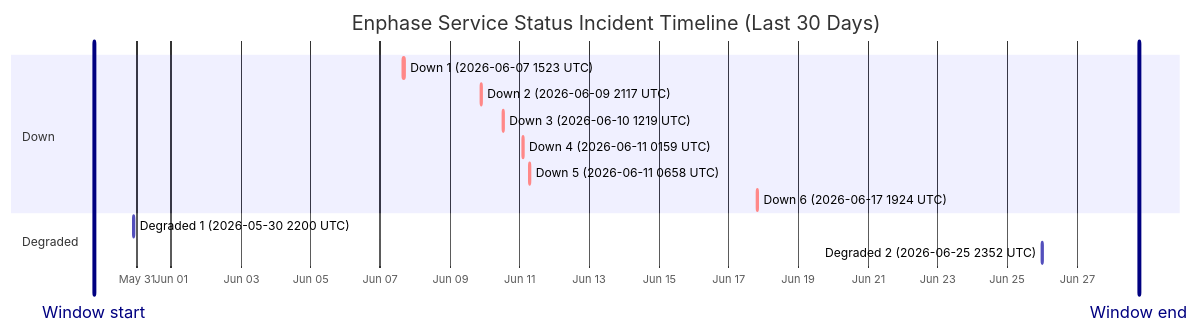
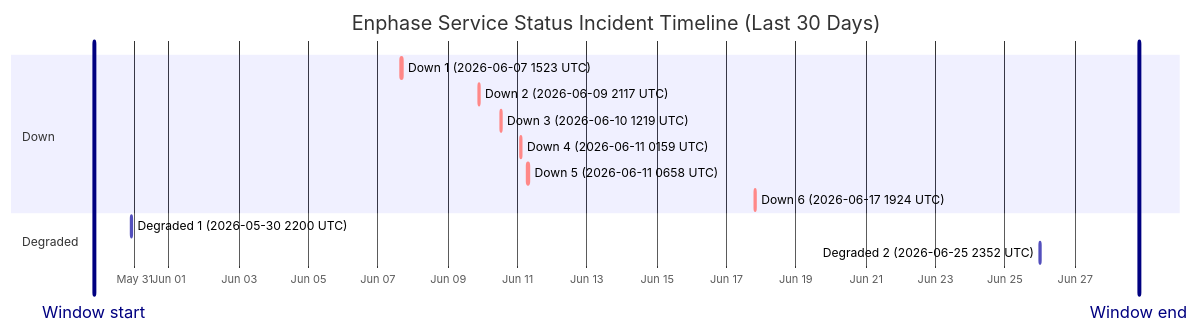
The diagram in wiki/Service-Status-History.md (barneyonline/ha-enphase-energy), drawn with Mermaid before and after one commit. The commit also changed other lines of this file and 3 other files, not shown here.

````diff
--- a/wiki/Service-Status-History.md
+++ b/wiki/Service-Status-History.md
@@ -14,18 +14,18 @@
 ```mermaid
 gantt
     title Enphase Service Status Incident Timeline (Last 30 Days)
     dateFormat  YYYY-MM-DDTHH:mm:ss
     axisFormat  %b %d
-    Window start :vert, window-start, 2026-05-29T18:43:56, 0ms
-    Window end :vert, window-end, 2026-06-28T18:43:56, 0ms
+    Window start :vert, window-start, 2026-05-29T20:12:17, 0ms
+    Window end :vert, window-end, 2026-06-28T20:12:17, 0ms
     section Down
     Down 1 (2026-06-07 1523 UTC) :crit, down-1, 2026-06-07T15:23:22, 87m
     Down 2 (2026-06-09 2117 UTC) :crit, down-2, 2026-06-09T21:17:17, 60m
     Down 3 (2026-06-10 1219 UTC) :crit, down-3, 2026-06-10T12:19:21, 60m
     Down 4 (2026-06-11 0159 UTC) :crit, down-4, 2026-06-11T01:59:36, 60m
     Down 5 (2026-06-11 0658 UTC) :crit, down-5, 2026-06-11T06:58:45, 60m
     Down 6 (2026-06-17 1924 UTC) :crit, down-6, 2026-06-17T19:24:51, 60m
     section Degraded
     Degraded 1 (2026-05-30 2200 UTC) :active, degraded-1, 2026-05-30T22:00:37, 60m
     Degraded 2 (2026-06-25 2352 UTC) :active, degraded-2, 2026-06-25T23:52:01, 60m
 ```
````
